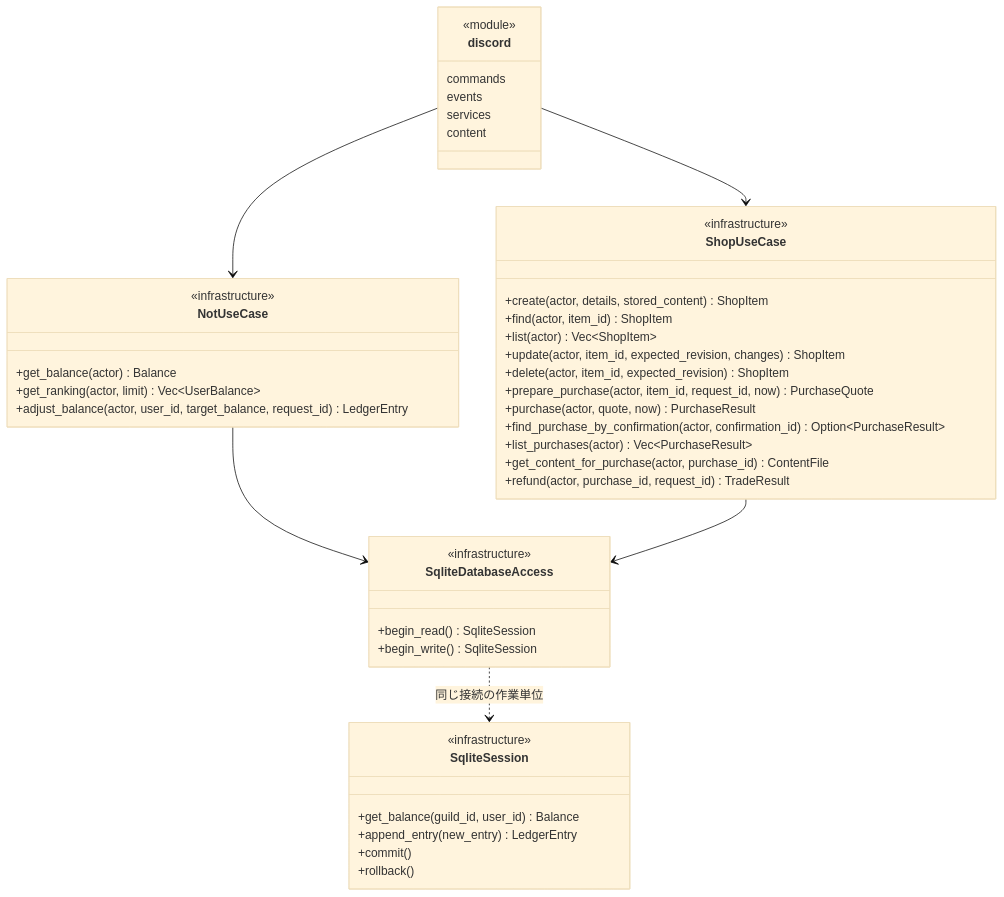
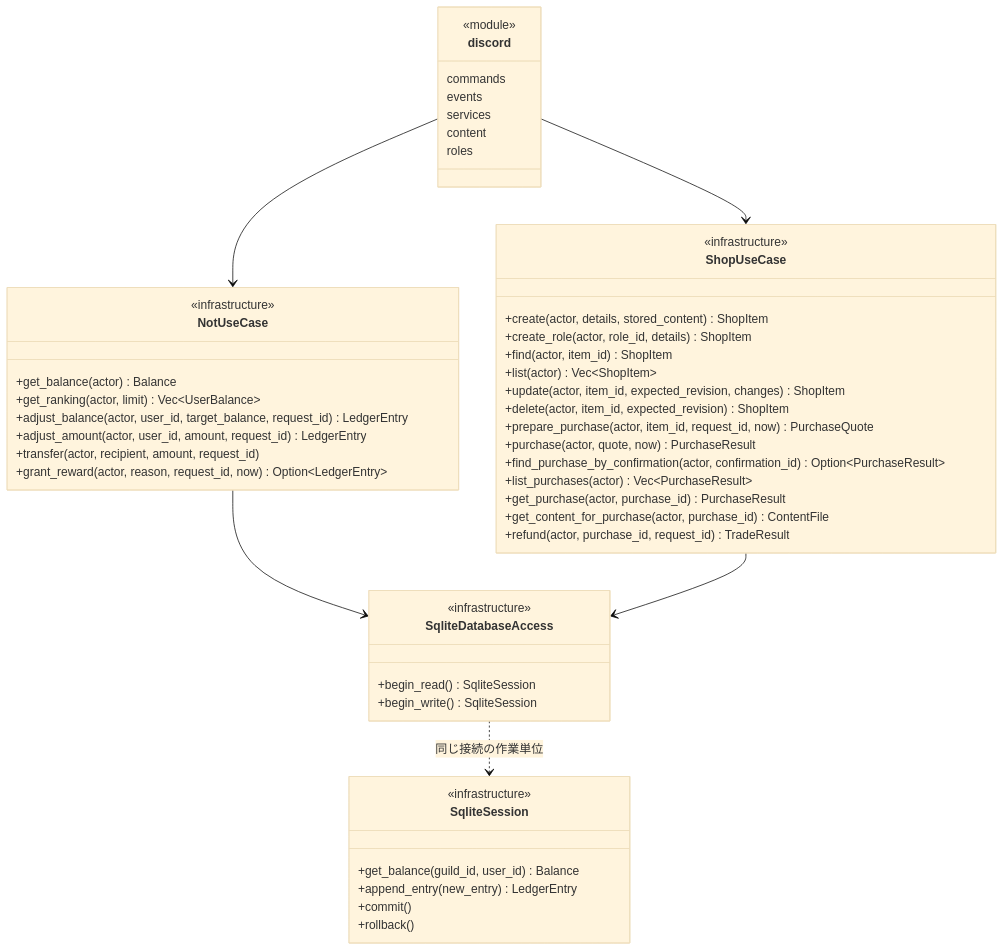
The diagram in design/REPOSITORY.md (segfau-yama/NotBot), drawn with Mermaid (base theme) before and after one commit. The commit also changed other lines of this file and 47 other files, not shown here.

````diff
--- a/design/REPOSITORY.md
+++ b/design/REPOSITORY.md
@@ -9,47 +9,53 @@
 ```mermaid
 classDiagram
     class discord {
         <<module>>
         commands
         events
         services
         content
+        roles
     }
     class NotUseCase {
         <<infrastructure>>
         +get_balance(actor) Balance
         +get_ranking(actor, limit) Vec~UserBalance~
         +adjust_balance(actor, user_id, target_balance, request_id) LedgerEntry
+        +adjust_amount(actor, user_id, amount, request_id) LedgerEntry
+        +transfer(actor, recipient, amount, request_id)
+        +grant_reward(actor, reason, request_id, now) Option~LedgerEntry~
     }
     class ShopUseCase {
         <<infrastructure>>
         +create(actor, details, stored_content) ShopItem
+        +create_role(actor, role_id, details) ShopItem
         +find(actor, item_id) ShopItem
         +list(actor) Vec~ShopItem~
         +update(actor, item_id, expected_revision, changes) ShopItem
         +delete(actor, item_id, expected_revision) ShopItem
         +prepare_purchase(actor, item_id, request_id, now) PurchaseQuote
         +purchase(actor, quote, now) PurchaseResult
         +find_purchase_by_confirmation(actor, confirmation_id) Option~PurchaseResult~
         +list_purchases(actor) Vec~PurchaseResult~
+        +get_purchase(actor, purchase_id) PurchaseResult
         +get_content_for_purchase(actor, purchase_id) ContentFile
         +refund(actor, purchase_id, request_id) TradeResult
     }
     class SqliteDatabaseAccess {
         <<infrastructure>>
         +begin_read() SqliteSession
         +begin_write() SqliteSession
     }
     class SqliteSession {
         <<infrastructure>>
         +get_balance(guild_id, user_id) Balance
         +append_entry(new_entry) LedgerEntry
         +commit()
         +rollback()
     }
     discord --> NotUseCase
     discord --> ShopUseCase
     NotUseCase --> SqliteDatabaseAccess
     ShopUseCase --> SqliteDatabaseAccess
     SqliteDatabaseAccess ..> SqliteSession : 同じ接続の作業単位
 ```
````
